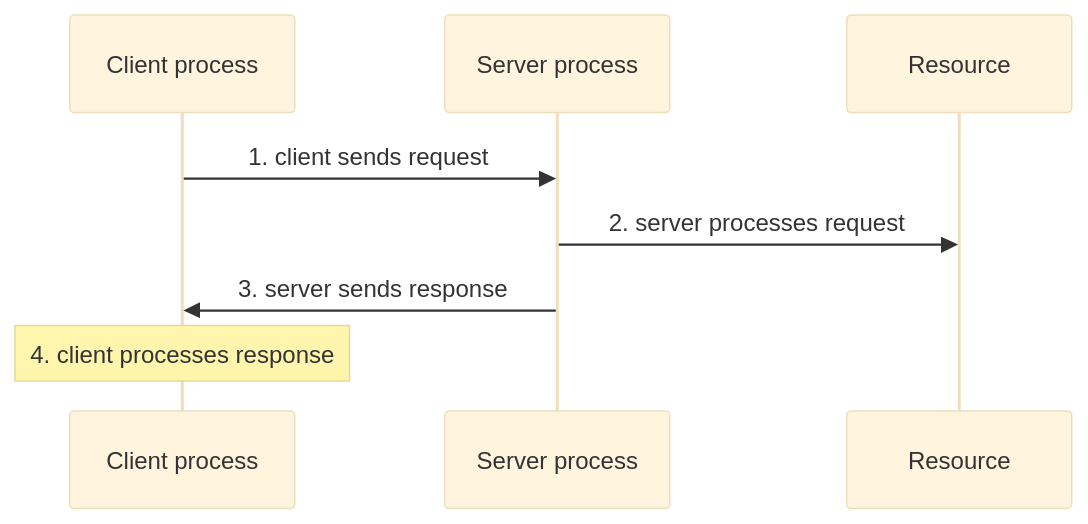
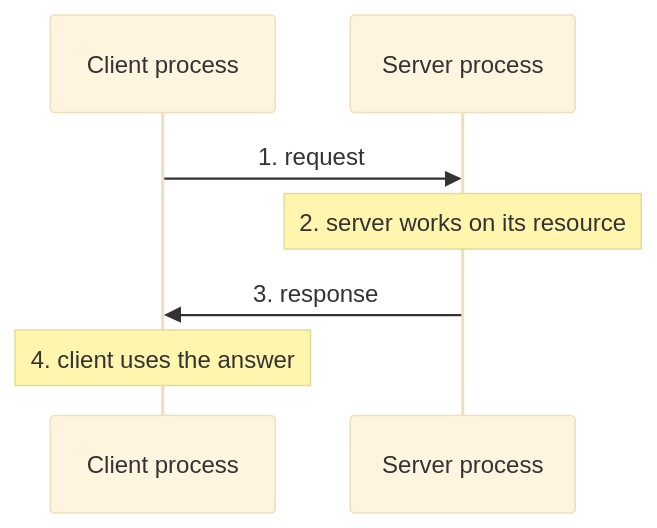
Before and after one commit to alvinnew100/grand-line-study-guide: the first of 4 diagrams in src/csapp/lessons/29-networks-ip.md, drawn with Mermaid (base theme). The commit also changed other lines of this file and 47 other files, not shown here.

````diff
--- a/src/csapp/lessons/29-networks-ip.md
+++ b/src/csapp/lessons/29-networks-ip.md
@@ -16,10 +19,9 @@
 ```mermaid
 sequenceDiagram
-  participant C as Client process
-  participant S as Server process
-  participant R as Resource
-  C->>S: 1. client sends request
-  S->>R: 2. server processes request
-  S->>C: 3. server sends response
-  Note over C: 4. client processes response
+    participant C as Client process
+    participant S as Server process
+    C->>S: 1. request
+    Note over S: 2. server works on its resource
+    S->>C: 3. response
+    Note over C: 4. client uses the answer
 ```
````
